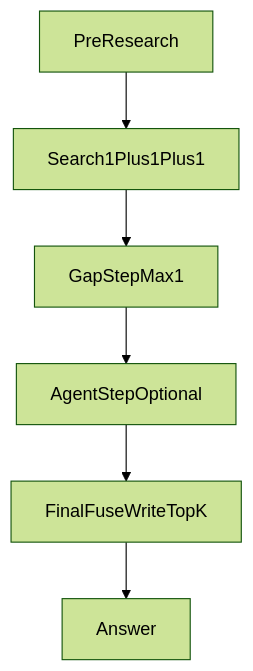
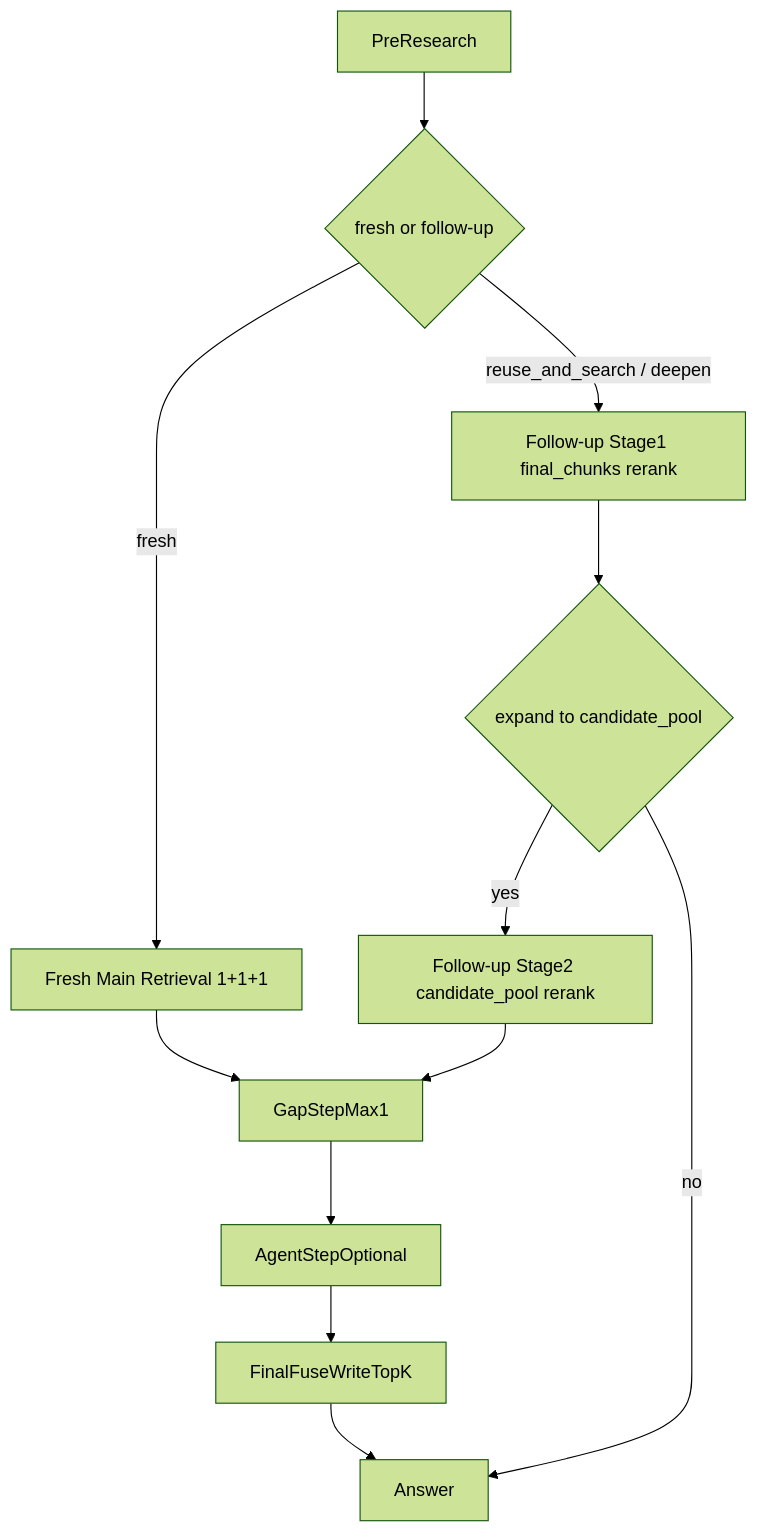
Before and after one commit to CODRbio/RAG: the first of 3 diagrams in docs/chat_research_workflow_contract.md, drawn with Mermaid (forest theme). The commit also changed other lines of this file and 86 other files, not shown here.

````diff
--- a/docs/chat_research_workflow_contract.md
+++ b/docs/chat_research_workflow_contract.md
@@ -150,10 +155,19 @@
 ```mermaid
 flowchart TD
     chatPre[PreResearch]
-    chatMain[Search1Plus1Plus1]
+    chatRoute{fresh or follow-up}
+    chatMain[Fresh Main Retrieval 1+1+1]
+    chatFollow1[Follow-up Stage1 final_chunks rerank]
+    chatExpand{expand to candidate_pool}
+    chatFollow2[Follow-up Stage2 candidate_pool rerank]
     chatGap[GapStepMax1]
     chatAgent[AgentStepOptional]
     chatFuse[FinalFuseWriteTopK]
     chatAnswer[Answer]
-    chatPre --> chatMain --> chatGap --> chatAgent --> chatFuse --> chatAnswer
+    chatPre --> chatRoute
+    chatRoute -->|fresh| chatMain --> chatGap
+    chatRoute -->|reuse_and_search / deepen| chatFollow1 --> chatExpand
+    chatExpand -->|yes| chatFollow2 --> chatGap
+    chatExpand -->|no| chatAnswer
+    chatGap --> chatAgent --> chatFuse --> chatAnswer
 ```
````
